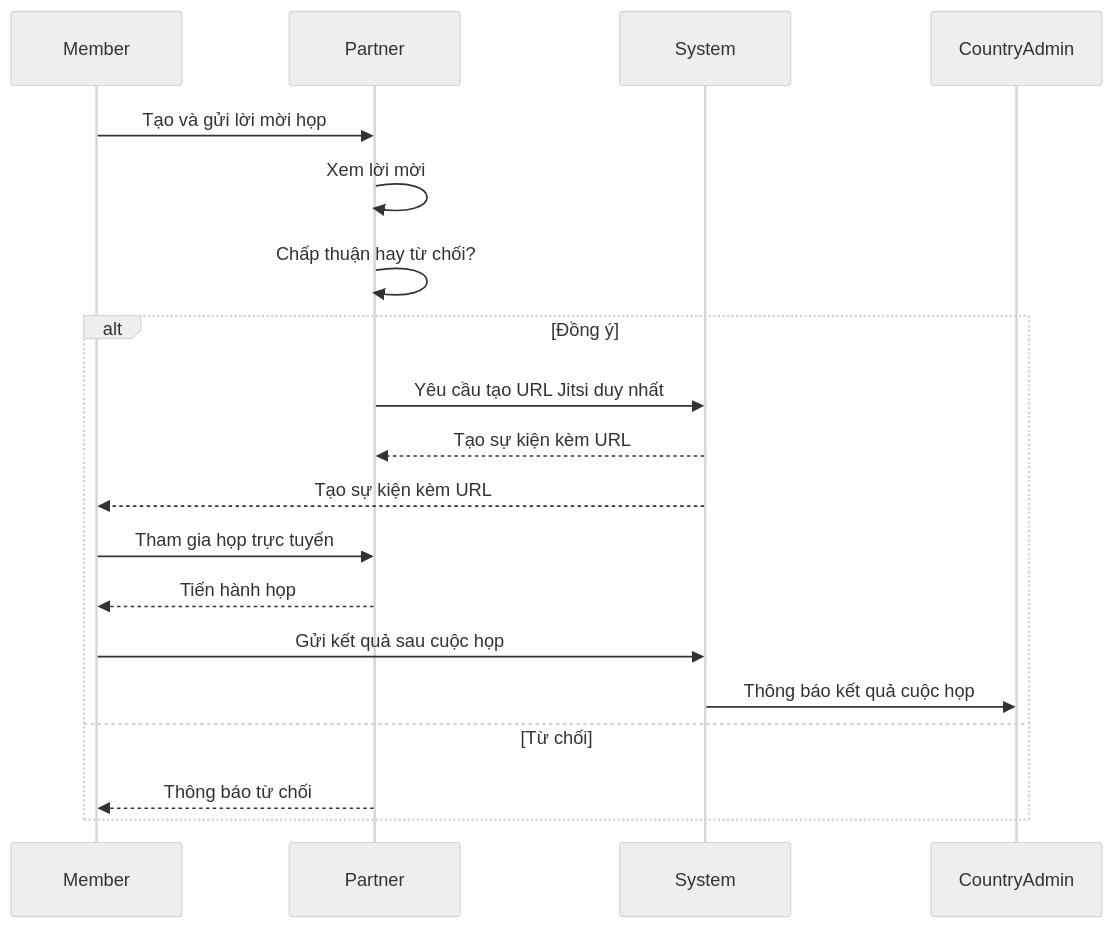
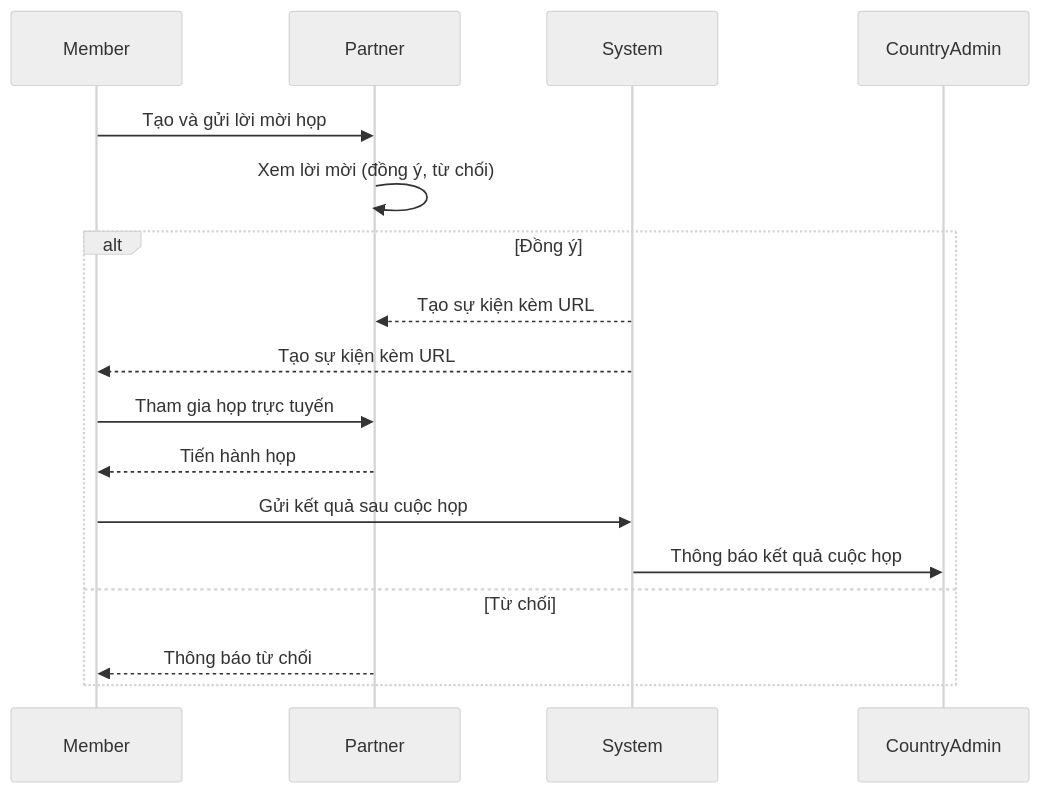
The diagram in meeting_flow_vn.mmd (yopaz-tuanta/aloha-mermaid), drawn with Mermaid (neutral theme) before and after one commit. The commit also changed 1 other file, not shown here.

```diff
--- a/meeting_flow_vn.mmd
+++ b/meeting_flow_vn.mmd
@@ -1,20 +1,18 @@
 sequenceDiagram
     participant Member
     participant Partner
     participant System
     participant CountryAdmin
 
     Member->>Partner: Tạo và gửi lời mời họp
-    Partner->>Partner: Xem lời mời
-    Partner->>Partner: Chấp thuận hay từ chối?
+    Partner->>Partner: Xem lời mời (đồng ý, từ chối)
     alt Đồng ý
-        Partner->>System: Yêu cầu tạo URL Jitsi duy nhất
         System-->>Partner: Tạo sự kiện kèm URL
         System-->>Member: Tạo sự kiện kèm URL
         Member->>Partner: Tham gia họp trực tuyến
         Partner-->>Member: Tiến hành họp
         Member->>System: Gửi kết quả sau cuộc họp
         System->>CountryAdmin: Thông báo kết quả cuộc họp
     else Từ chối
         Partner-->>Member: Thông báo từ chối
     end
```
